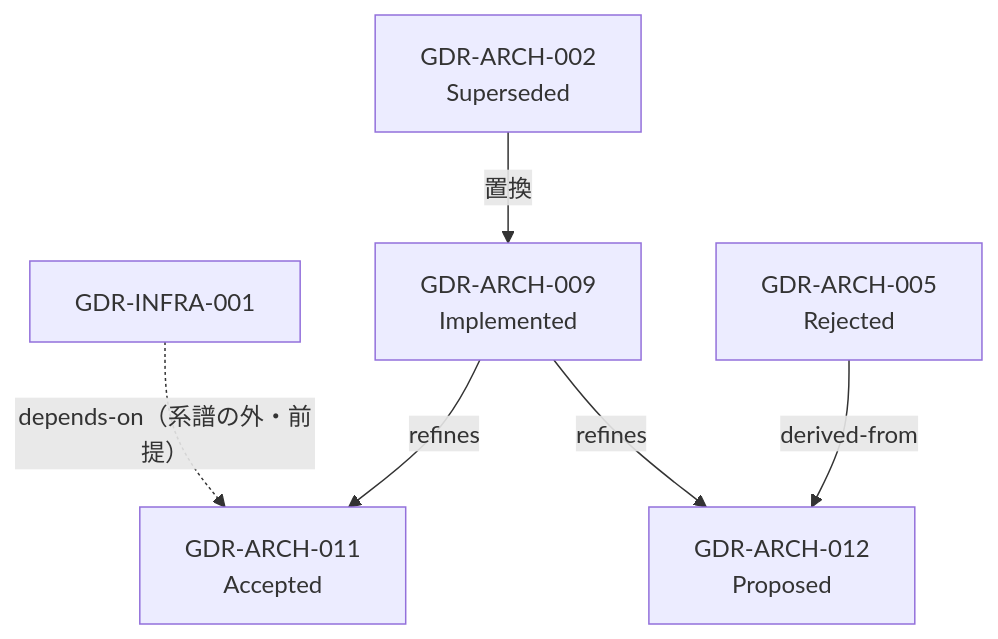
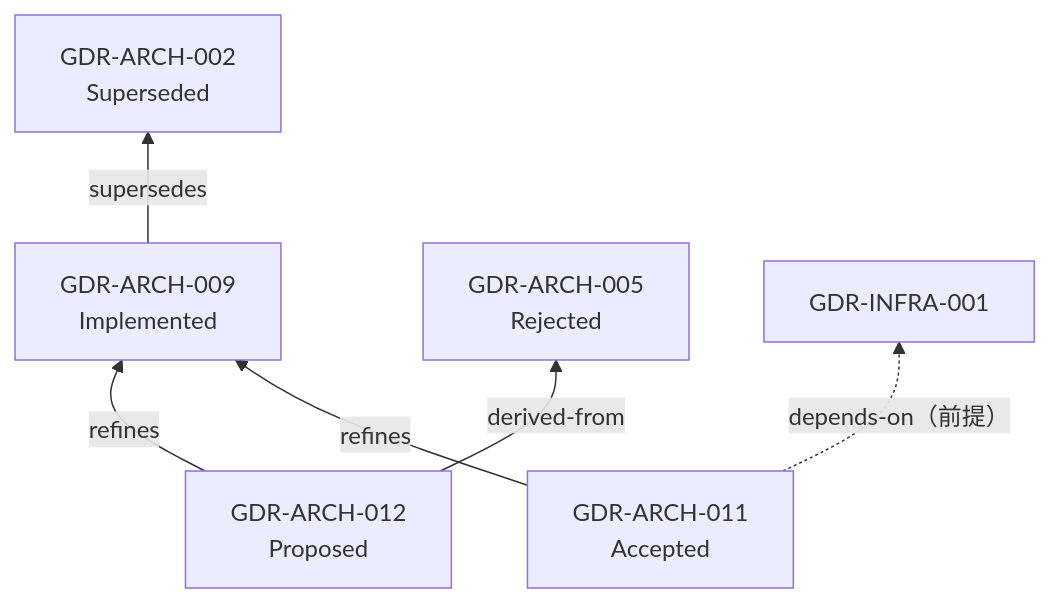
Before and after one commit to yoshinag/general-decision-record: the diagram in docs/ja/91_demo_buildup_documents.md/kaizen/15_GDRの系譜の明確化とUUIDv7の検討提案.md, drawn with Mermaid. The commit also changed other lines of this file and 1 other file, not shown here.

````diff
--- a/docs/ja/91_demo_buildup_documents.md/kaizen/15_GDRの系譜の明確化とUUIDv7の検討提案.md
+++ b/docs/ja/91_demo_buildup_documents.md/kaizen/15_GDRの系譜の明確化とUUIDv7の検討提案.md
@@ -81,8 +94,8 @@
 ```mermaid
-flowchart TB
-  A["GDR-ARCH-002<br/>Superseded"] -->|置換| B["GDR-ARCH-009<br/>Implemented"]
-  B -->|refines| C["GDR-ARCH-011<br/>Accepted"]
-  D["GDR-ARCH-005<br/>Rejected"] -->|derived-from| E["GDR-ARCH-012<br/>Proposed"]
-  B -->|refines| E
-  F["GDR-INFRA-001"] -.->|depends-on（系譜の外・前提）| C
+flowchart BT
+  B["GDR-ARCH-009<br/>Implemented"] -->|supersedes| A["GDR-ARCH-002<br/>Superseded"]
+  C["GDR-ARCH-011<br/>Accepted"] -->|refines| B
+  E["GDR-ARCH-012<br/>Proposed"] -->|derived-from| D["GDR-ARCH-005<br/>Rejected"]
+  E -->|refines| B
+  C -.->|depends-on（前提）| F["GDR-INFRA-001"]
 ```
````
